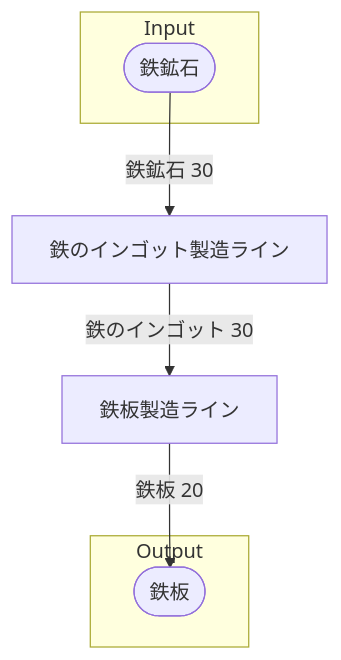
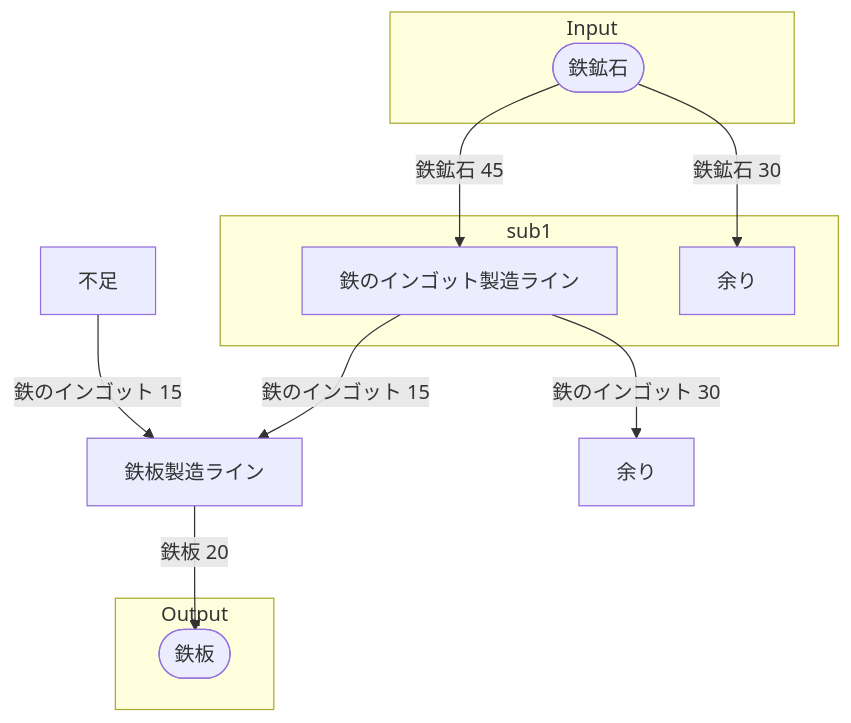
Before and after one commit to Suzuran-Amano/SatisfactoryTaskEfficiency: the diagram in 40_FactoryBuilding/10_工場設計手順書/30‗全体製造ライン設計書/手順書_全体製造ライン設計書.md, drawn with Mermaid. The commit also changed other lines of this file and 3 other files, not shown here.

````diff
--- a/40_FactoryBuilding/10_工場設計手順書/30‗全体製造ライン設計書/手順書_全体製造ライン設計書.md
+++ b/40_FactoryBuilding/10_工場設計手順書/30‗全体製造ライン設計書/手順書_全体製造ライン設計書.md
@@ -41,21 +49,30 @@
 ```mermaid
 flowchart TD
 
 subgraph Input
     鉄鉱石([鉄鉱石])
 end
 
-鉄のインゴット製造ライン[鉄のインゴット製造ライン]
-鉄板製造ライン[鉄板製造ライン]
+subgraph sub1
+  鉄のインゴット製造ライン[鉄のインゴット製造ライン]
+  余り1[余り]  
+end
+
+鉄板製造ライン[鉄板製造ライン] 
+不足1[不足]
+余り2[余り]
 
 subgraph Output
     鉄板([鉄板])
 end
 
 
-鉄鉱石-->|鉄鉱石 30|鉄のインゴット製造ライン
-鉄のインゴット製造ライン-->|鉄のインゴット 30|鉄板製造ライン
+不足1-->|鉄のインゴット 15|鉄板製造ライン
+鉄鉱石-->|鉄鉱石 30|余り1
+鉄鉱石-->|鉄鉱石 45|鉄のインゴット製造ライン
+鉄のインゴット製造ライン-->|鉄のインゴット 15|鉄板製造ライン
+鉄のインゴット製造ライン-->|鉄のインゴット 30|余り2
 鉄板製造ライン-->|鉄板 20|鉄板
 
 
 ```
````
